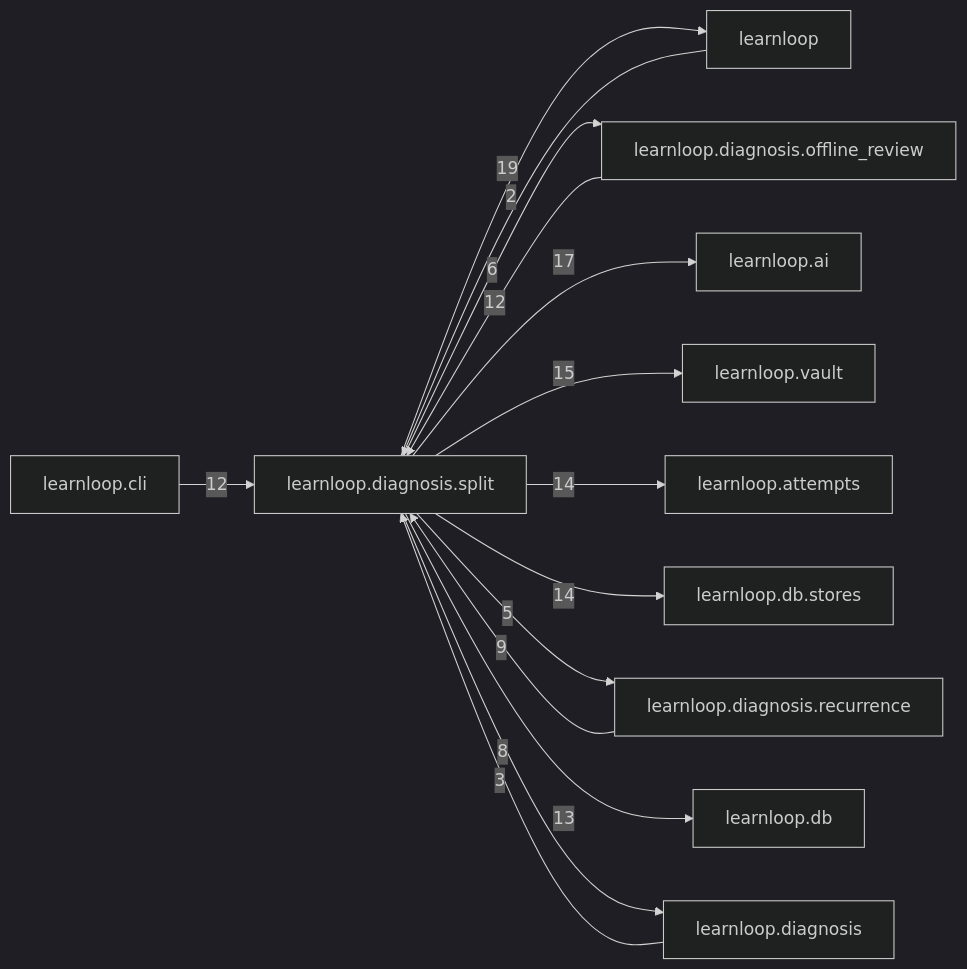
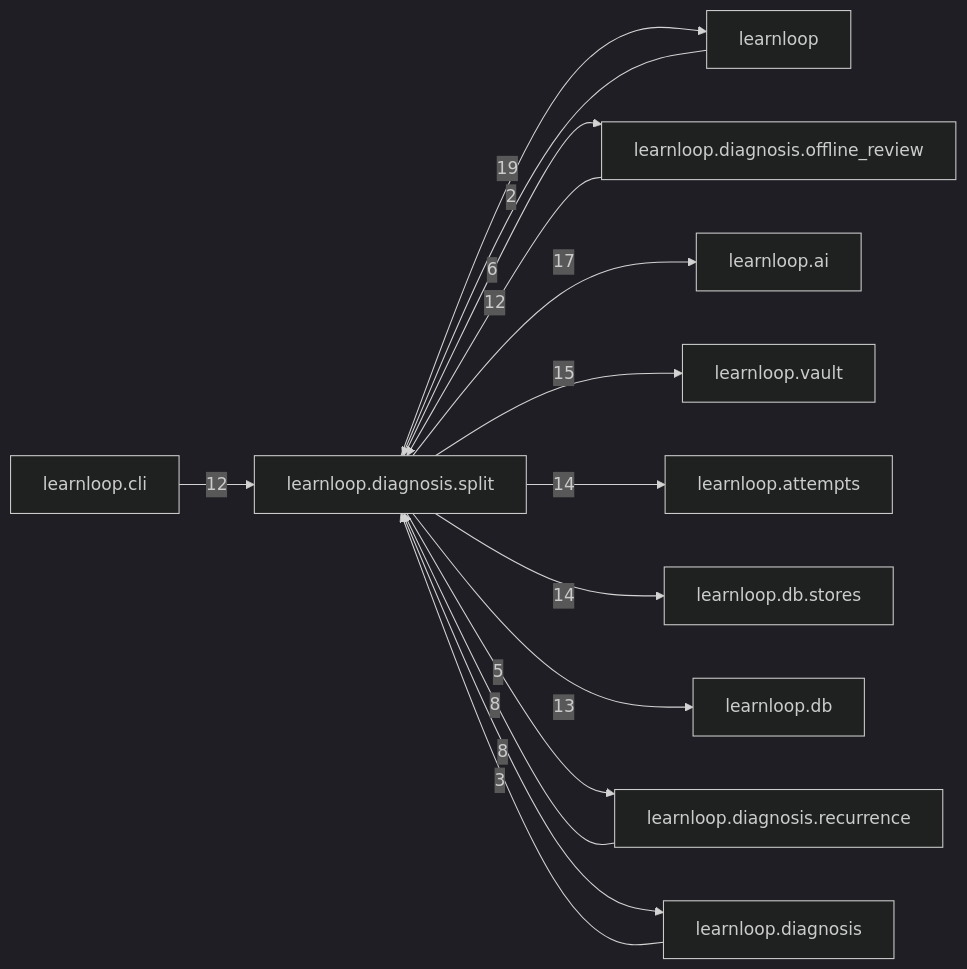
Before and after one commit to 6up-b/learnanything: the diagram in docs/learnloop-architecture-vault/Reference/Modules/learnloop/diagnosis/split/_package.md, drawn with Mermaid (dark theme). The commit also changed other lines of this file and 174 other files, not shown here.

````diff
--- a/docs/learnloop-architecture-vault/Reference/Modules/learnloop/diagnosis/split/_package.md
+++ b/docs/learnloop-architecture-vault/Reference/Modules/learnloop/diagnosis/split/_package.md
@@ -121,28 +121,28 @@
 ```mermaid
 flowchart LR
     center["learnloop.diagnosis.split"]
     n_learnloop["learnloop"]
     n_learnloop_diagnosis_offline_review["learnloop.diagnosis.offline_review"]
     n_learnloop_ai["learnloop.ai"]
     n_learnloop_vault["learnloop.vault"]
     n_learnloop_attempts["learnloop.attempts"]
     n_learnloop_db_stores["learnloop.db.stores"]
+    n_learnloop_db["learnloop.db"]
     n_learnloop_diagnosis_recurrence["learnloop.diagnosis.recurrence"]
-    n_learnloop_db["learnloop.db"]
     n_learnloop_cli["learnloop.cli"]
     n_learnloop_diagnosis["learnloop.diagnosis"]
     n_learnloop -->|2| center
     center -->|19| n_learnloop
     n_learnloop_diagnosis_offline_review -->|12| center
     center -->|6| n_learnloop_diagnosis_offline_review
     center -->|17| n_learnloop_ai
     center -->|15| n_learnloop_vault
     center -->|14| n_learnloop_attempts
     center -->|14| n_learnloop_db_stores
-    n_learnloop_diagnosis_recurrence -->|9| center
+    center -->|13| n_learnloop_db
+    n_learnloop_diagnosis_recurrence -->|8| center
     center -->|5| n_learnloop_diagnosis_recurrence
-    center -->|13| n_learnloop_db
     n_learnloop_cli -->|12| center
     n_learnloop_diagnosis -->|3| center
     center -->|8| n_learnloop_diagnosis
 ```
````
